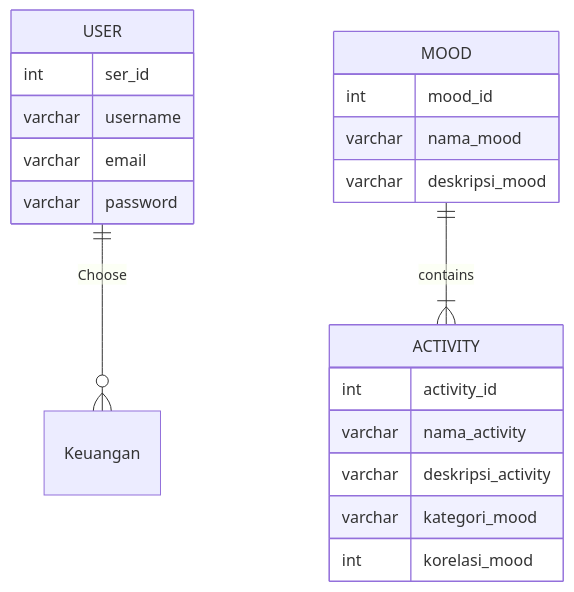
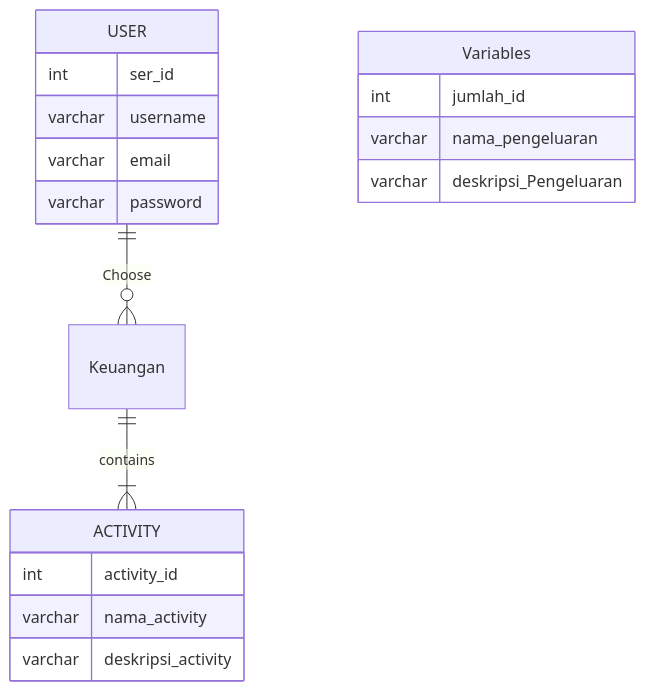
The first of 2 diagrams in Where's App .md (MuhammadFauzanL/Basic-Flutter-App), drawn with Mermaid before and after one commit.

Commit message:
Update Where's App .md

````diff
--- a/Where's App .md
+++ b/Where's App .md
@@ -55,23 +55,21 @@
 ```mermaid
 erDiagram
 USER ||--o{ Keuangan : Choose
 USER {
 int ser_id
-        varchar username
-        varchar email
-        varchar password
-        }
-        MOOD ||--|{ ACTIVITY : contains
-        MOOD {
-            int mood_id
-            varchar nama_mood
-            varchar deskripsi_mood
-        }
-        ACTIVITY {
-            int activity_id
-            varchar nama_activity
-            varchar deskripsi_activity
-            varchar kategori_mood
-            int korelasi_mood
+varchar username
+varchar email
+varchar password
+ }
+Keuangan ||--|{ ACTIVITY : contains
+Variables {
+int jumlah_id
+ varchar nama_pengeluaran
+varchar deskripsi_Pengeluaran
+ }
+ACTIVITY {
+ int activity_id
+varchar nama_activity
+varchar deskripsi_activity
         }
 ```
````
